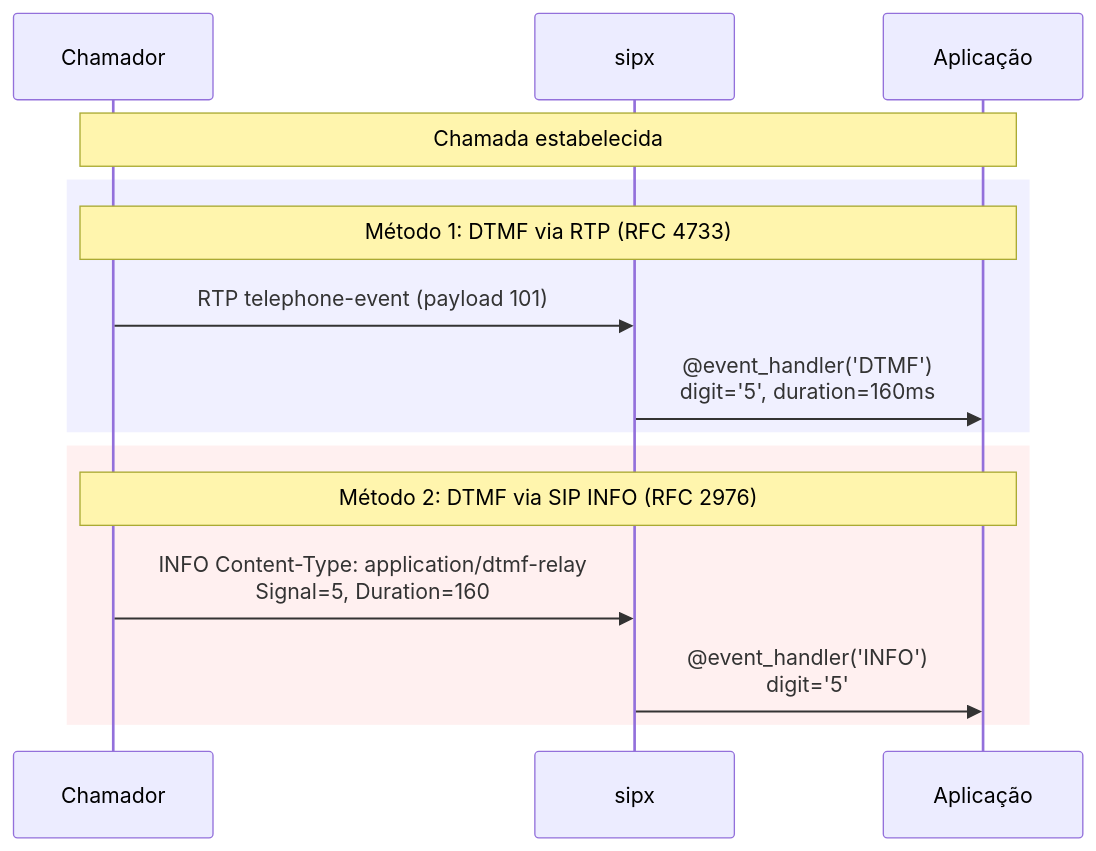
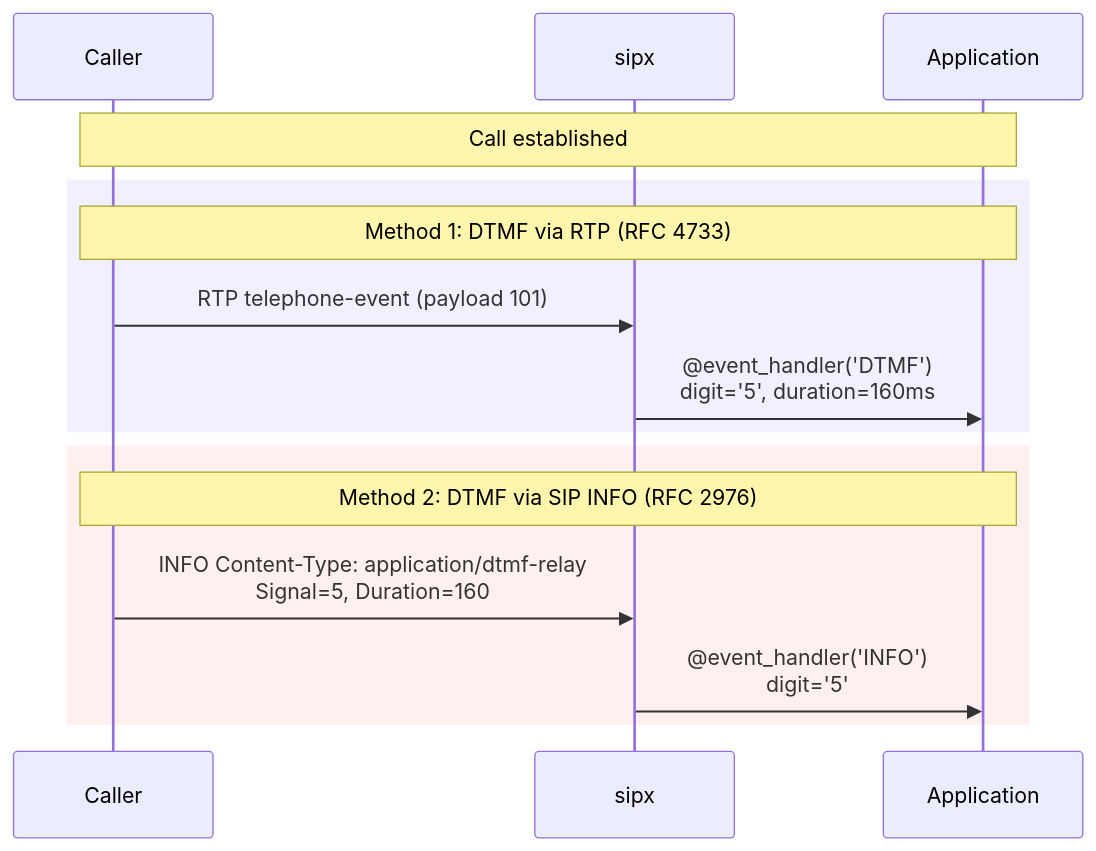
Before and after one commit to oornnery/sipx: diagram 11 of 16 in docs/SDD.md, drawn with Mermaid. The commit also changed other lines of this file and 3 other files, not shown here.

````diff
--- a/docs/SDD.md
+++ b/docs/SDD.md
@@ -599,20 +601,20 @@
 ```mermaid
 sequenceDiagram
-    participant Caller as Chamador
+    participant Caller as Caller
     participant SIP as sipx
-    participant App as Aplicação
+    participant App as Application
 
-    Note over Caller,App: Chamada estabelecida
+    Note over Caller,App: Call established
 
     rect rgb(240, 240, 255)
-        Note over Caller,App: Método 1: DTMF via RTP (RFC 4733)
+        Note over Caller,App: Method 1: DTMF via RTP (RFC 4733)
         Caller->>SIP: RTP telephone-event (payload 101)
         SIP->>App: @event_handler('DTMF')<br/>digit='5', duration=160ms
     end
 
     rect rgb(255, 240, 240)
-        Note over Caller,App: Método 2: DTMF via SIP INFO (RFC 2976)
+        Note over Caller,App: Method 2: DTMF via SIP INFO (RFC 2976)
         Caller->>SIP: INFO Content-Type: application/dtmf-relay<br/>Signal=5, Duration=160
         SIP->>App: @event_handler('INFO')<br/>digit='5'
     end
 ```
````
